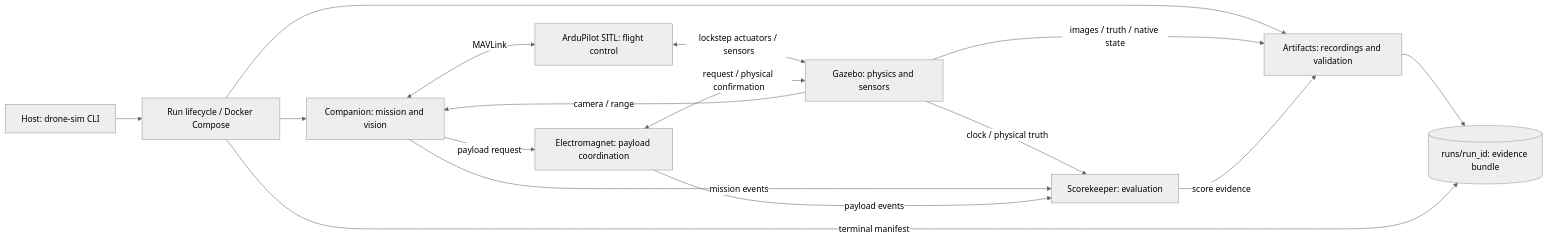
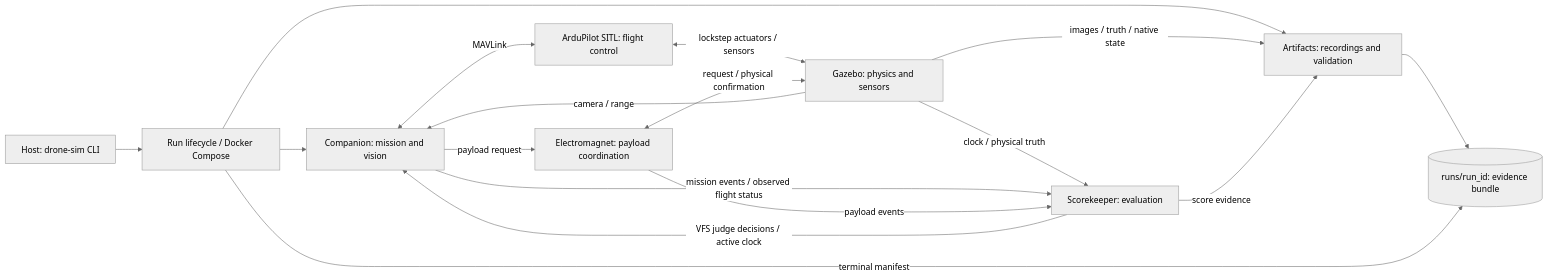
The diagram in docs/architecture.md (williserdman/drone_sim), drawn with Mermaid (neutral theme) before and after one commit. The commit also changed other lines of this file and 95 other files, not shown here.

Commit message:
Implement configurable VFS 2027 mission and automatic judging

````diff
--- a/docs/architecture.md
+++ b/docs/architecture.md
@@ -7,18 +7,19 @@
 ```mermaid
 flowchart LR
     CLI[Host: drone-sim CLI] --> LIFE[Run lifecycle / Docker Compose]
     LIFE --> M[Companion: mission and vision]
     LIFE --> REC[Artifacts: recordings and validation]
     M <-->|MAVLink| AP[ArduPilot SITL: flight control]
     AP <-->|lockstep actuators / sensors| GZ[Gazebo: physics and sensors]
     GZ -->|camera / range| M
     M -->|payload request| EM[Electromagnet: payload coordination]
     EM <-->|request / physical confirmation| GZ
     GZ -->|clock / physical truth| SC[Scorekeeper: evaluation]
-    M -->|mission events| SC
+    M -->|mission events / observed flight status| SC
+    SC -->|VFS judge decisions / active clock| M
     EM -->|payload events| SC
     GZ -->|images / truth / native state| REC
     SC -->|score evidence| REC
     REC --> B[(runs/run_id: evidence bundle)]
     LIFE -->|terminal manifest| B
 ```
````
